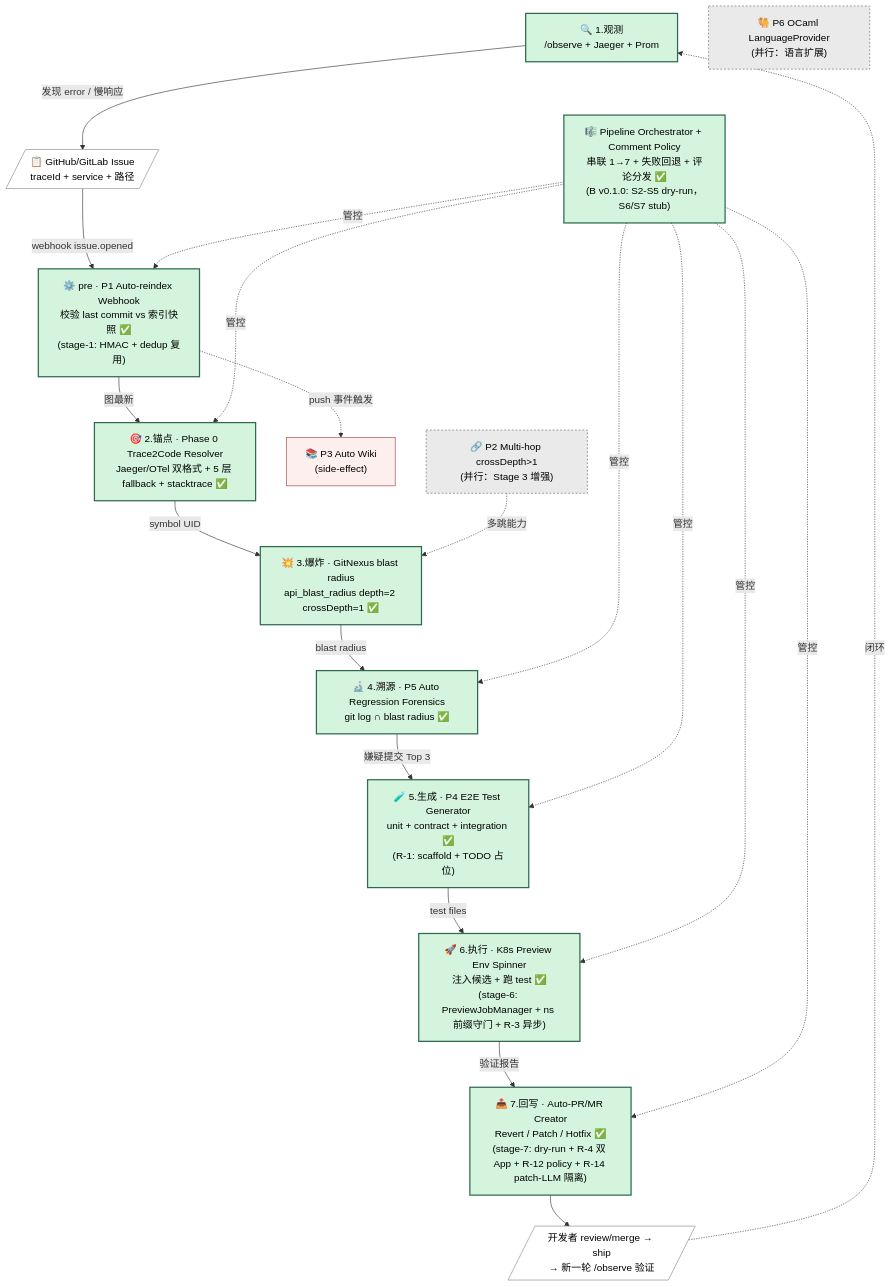
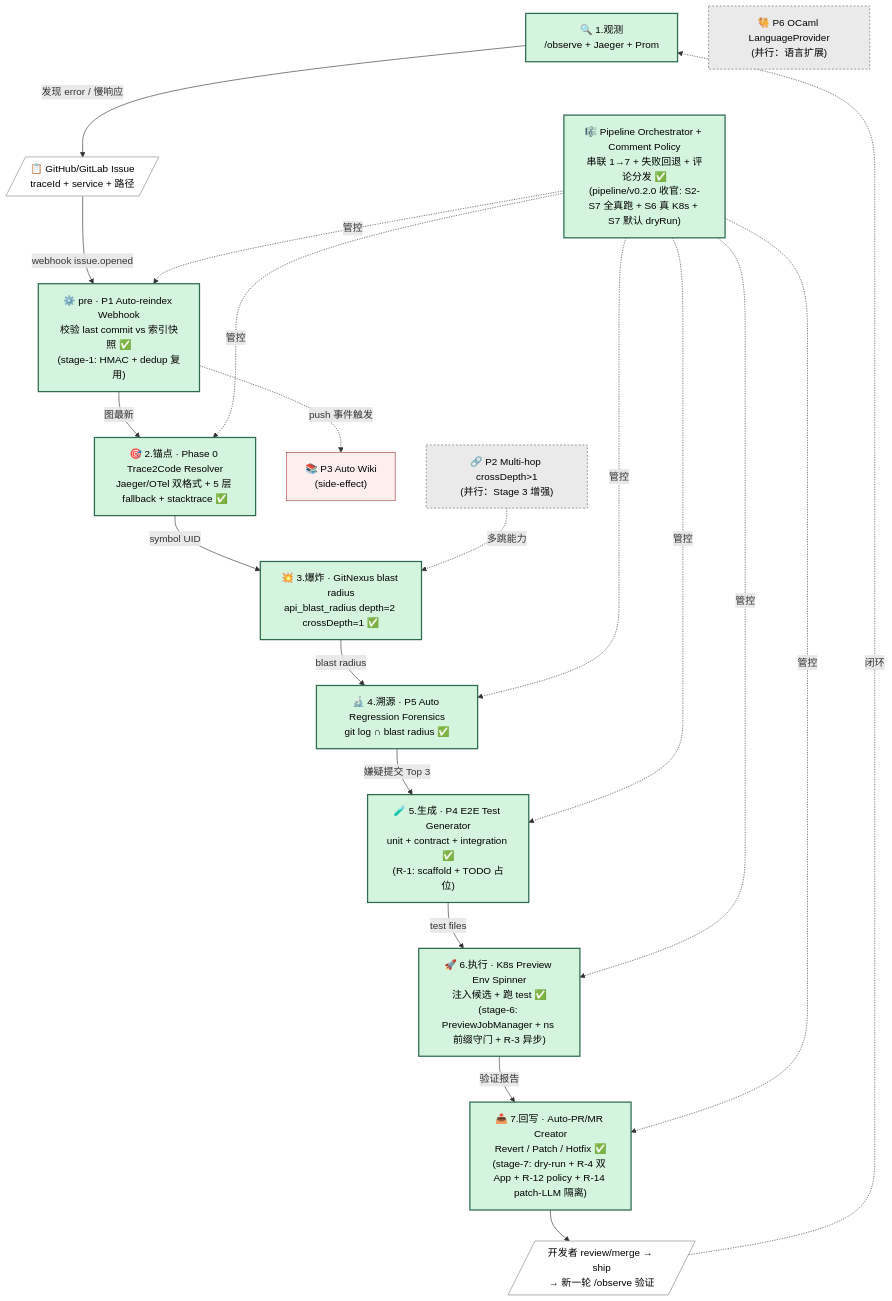
One commit to zxs1633079383/GitNexus changed the diagram in docs/learn/Agentic-DevOps-企业版路线图-v2.md. Above: the diagram before and after it, drawn with Mermaid. The commit also changed other lines of this file and 5 other files, not shown here.

First line of the commit message:
feat(pipeline-v0.2): 收官之战 — Pipeline Orchestrator 接 S6 + S7 真跑

````diff
--- a/docs/learn/Agentic-DevOps-企业版路线图-v2.md
+++ b/docs/learn/Agentic-DevOps-企业版路线图-v2.md
@@ -36,46 +37,46 @@
 ```mermaid
 flowchart TB
     OBS["🔍 1.观测<br/>/observe + Jaeger + Prom"]:::existing
     ISSUE[/"📋 GitHub/GitLab Issue<br/>traceId + service + 路径"/]:::external
     PRE["⚙️ pre · P1 Auto-reindex Webhook<br/>校验 last commit vs 索引快照 ✅<br/>(stage-1: HMAC + dedup 复用)"]:::existing
     S2["🎯 2.锚点 · Phase 0 Trace2Code Resolver<br/>Jaeger/OTel 双格式 + 5 层 fallback + stacktrace ✅"]:::existing
     S3["💥 3.爆炸 · GitNexus blast radius<br/>api_blast_radius depth=2 crossDepth=1 ✅"]:::existing
     S4["🔬 4.溯源 · P5 Auto Regression Forensics<br/>git log ∩ blast radius ✅"]:::existing
     S5["🧪 5.生成 · P4 E2E Test Generator<br/>unit + contract + integration ✅<br/>(R-1: scaffold + TODO 占位)"]:::existing
     S6["🚀 6.执行 · K8s Preview Env Spinner<br/>注入候选 + 跑 test ✅<br/>(stage-6: PreviewJobManager + ns 前缀守门 + R-3 异步)"]:::existing
     S7["📤 7.回写 · Auto-PR/MR Creator<br/>Revert / Patch / Hotfix ✅<br/>(stage-7: dry-run + R-4 双 App + R-12 policy + R-14 patch-LLM 隔离)"]:::existing
     LOOP[/"开发者 review/merge → ship<br/>→ 新一轮 /observe 验证"/]:::external
 
-    ORCH["🎼 Pipeline Orchestrator + Comment Policy<br/>串联 1→7 + 失败回退 + 评论分发 ✅<br/>(B v0.1.0: S2-S5 dry-run，S6/S7 stub)"]:::existing
+    ORCH["🎼 Pipeline Orchestrator + Comment Policy<br/>串联 1→7 + 失败回退 + 评论分发 ✅<br/>(pipeline/v0.2.0 收官: S2-S7 全真跑 + S6 真 K8s + S7 默认 dryRun)"]:::existing
     WIKI["📚 P3 Auto Wiki<br/>(side-effect)"]:::side
     P2["🔗 P2 Multi-hop crossDepth>1<br/>(并行：Stage 3 增强)"]:::parallel
     P6["🐫 P6 OCaml LanguageProvider<br/>(并行：语言扩展)"]:::parallel
 
     OBS -->|发现 error / 慢响应| ISSUE
     ISSUE -->|webhook issue.opened| PRE
     PRE -->|图最新| S2
     S2 -->|symbol UID| S3
     S3 -->|blast radius| S4
     S4 -->|嫌疑提交 Top 3| S5
     S5 -->|test files| S6
     S6 -->|验证报告| S7
     S7 --> LOOP
     LOOP -.->|闭环| OBS
 
     ORCH -.->|管控| PRE
     ORCH -.->|管控| S2
     ORCH -.->|管控| S4
     ORCH -.->|管控| S5
     ORCH -.->|管控| S6
     ORCH -.->|管控| S7
 
     PRE -.->|push 事件触发| WIKI
     P2 -.->|多跳能力| S3
 
     classDef existing fill:#d4f4dd,stroke:#2d6a4f,color:#000,stroke-width:2px
     classDef new fill:#fff3cd,stroke:#856404,color:#000,stroke-width:2px
     classDef cross fill:#cfe2ff,stroke:#0a4d8c,color:#000,stroke-width:2px
     classDef side fill:#fcefee,stroke:#a04040,color:#000,stroke-width:1px
     classDef parallel fill:#eaeaea,stroke:#666,color:#000,stroke-width:1px,stroke-dasharray: 3 3
     classDef external fill:#fff,stroke:#888,color:#000,stroke-width:1px
 ```
````
